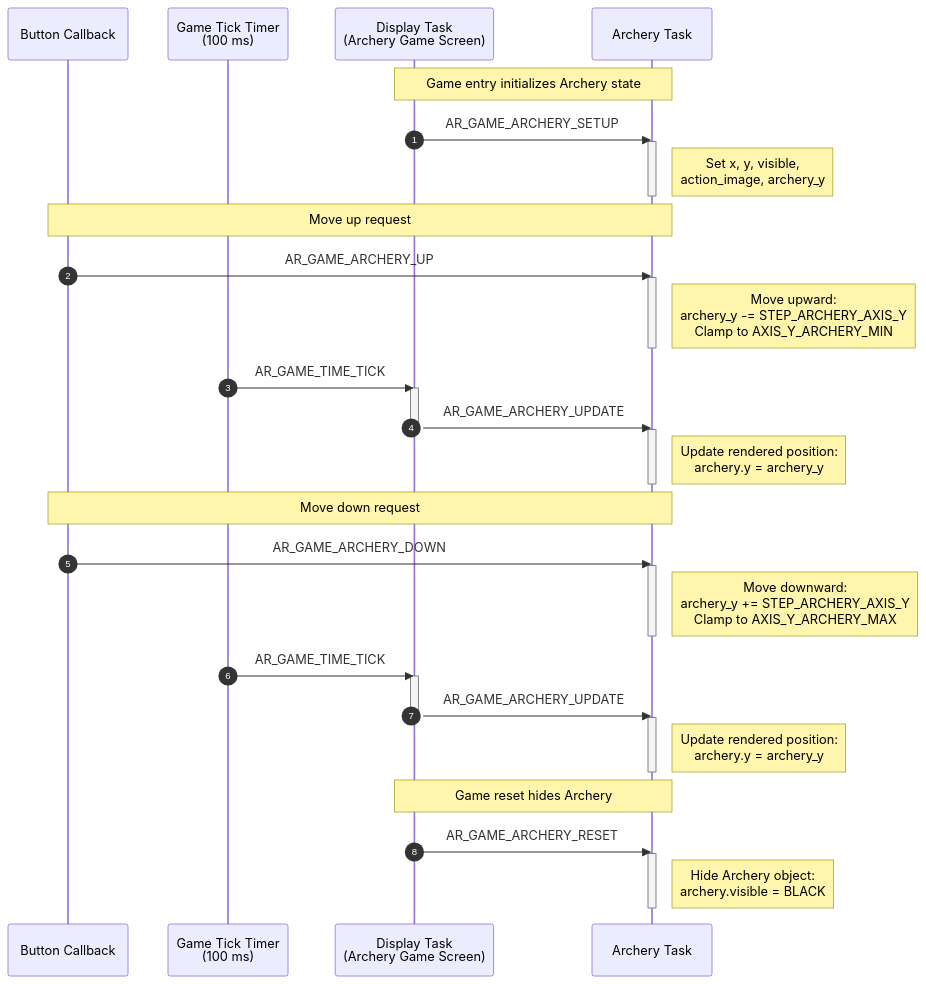
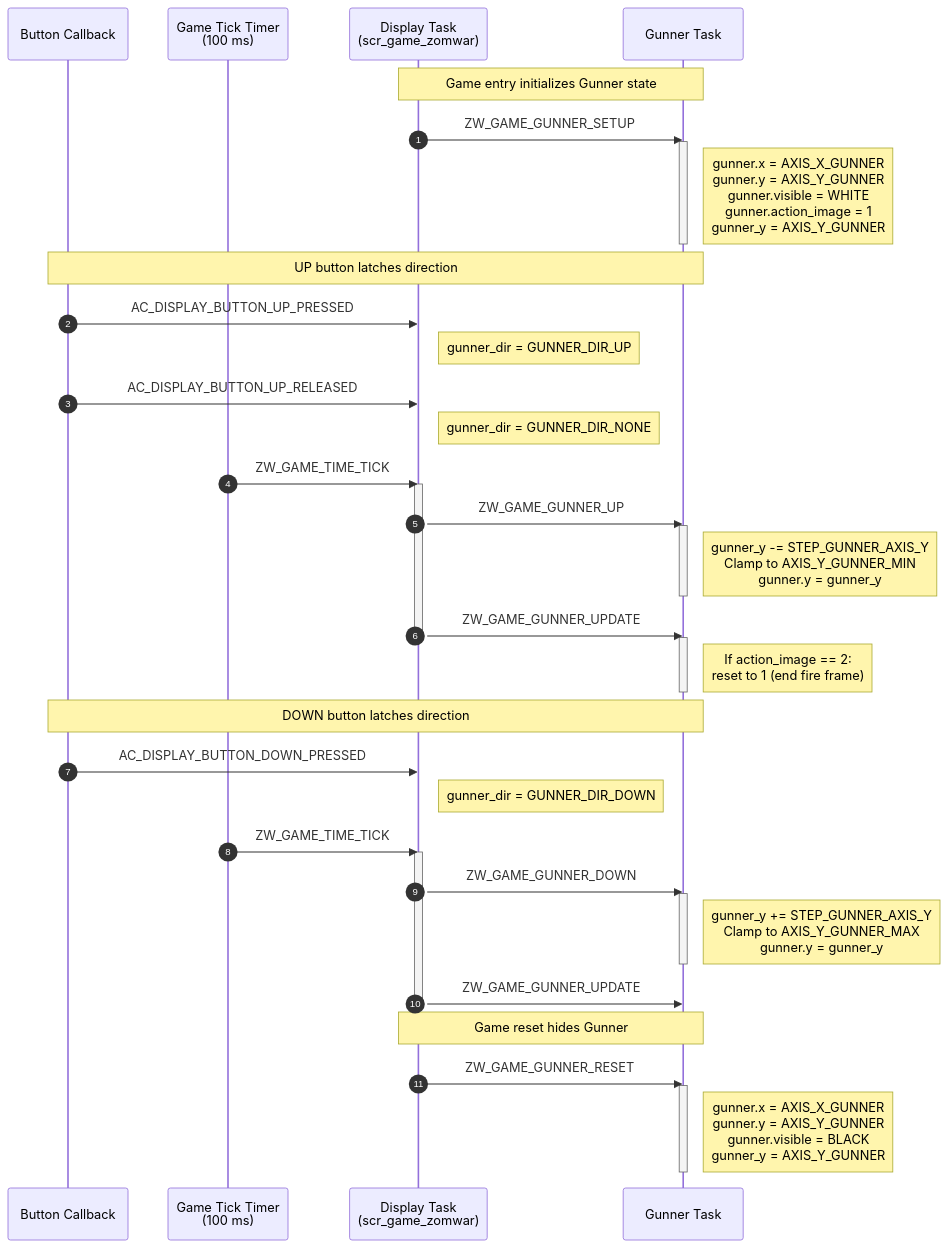
The first of 7 diagrams in docs/zw_game_object_sequence.md (caotrongphuoc/mini-clock), drawn with Mermaid before and after one commit. The commit also changed other lines of this file, not shown here.

Commit message:
[UPDATE] zw_game_object_sequence

````diff
--- a/docs/zw_game_object_sequence.md
+++ b/docs/zw_game_object_sequence.md
@@ -19,52 +23,55 @@
 ```mermaid
 sequenceDiagram
     autonumber
     participant Button as Button Callback
     participant Timer as Game Tick Timer<br/>(100 ms)
-    participant Screen as Display Task<br/>(Archery Game Screen)
-    participant Archery as Archery Task
+    participant Screen as Display Task<br/>(scr_game_zomwar)
+    participant Gunner as Gunner Task
 
-    Note over Screen,Archery: Game entry initializes Archery state
+    Note over Screen,Gunner: Game entry initializes Gunner state
 
-    Screen->>Archery: AR_GAME_ARCHERY_SETUP
-    activate Archery
-    Note right of Archery: Set x, y, visible,<br/>action_image, archery_y
-    deactivate Archery
+    Screen->>Gunner: ZW_GAME_GUNNER_SETUP
+    activate Gunner
+    Note right of Gunner: gunner.x = AXIS_X_GUNNER<br/>gunner.y = AXIS_Y_GUNNER<br/>gunner.visible = WHITE<br/>gunner.action_image = 1<br/>gunner_y = AXIS_Y_GUNNER
+    deactivate Gunner
 
-    Note over Button,Archery: Move up request
+    Note over Button,Gunner: UP button latches direction
 
-    Button->>Archery: AR_GAME_ARCHERY_UP
-    activate Archery
-    Note right of Archery: Move upward:<br/>archery_y -= STEP_ARCHERY_AXIS_Y<br/>Clamp to AXIS_Y_ARCHERY_MIN
-    deactivate Archery
+    Button->>Screen: AC_DISPLAY_BUTTON_UP_PRESSED
+    Note right of Screen: gunner_dir = GUNNER_DIR_UP
+    Button->>Screen: AC_DISPLAY_BUTTON_UP_RELEASED
+    Note right of Screen: gunner_dir = GUNNER_DIR_NONE
 
-    Timer->>Screen: AR_GAME_TIME_TICK
+    Timer->>Screen: ZW_GAME_TIME_TICK
     activate Screen
-    Screen->>Archery: AR_GAME_ARCHERY_UPDATE
+    Screen->>Gunner: ZW_GAME_GUNNER_UP
+    activate Gunner
+    Note right of Gunner: gunner_y -= STEP_GUNNER_AXIS_Y<br/>Clamp to AXIS_Y_GUNNER_MIN<br/>gunner.y = gunner_y
+    deactivate Gunner
+    Screen->>Gunner: ZW_GAME_GUNNER_UPDATE
     deactivate Screen
-    activate Archery
-    Note right of Archery: Update rendered position:<br/>archery.y = archery_y
-    deactivate Archery
+    activate Gunner
+    Note right of Gunner: If action_image == 2:<br/>reset to 1 (end fire frame)
+    deactivate Gunner
 
-    Note over Button,Archery: Move down request
+    Note over Button,Gunner: DOWN button latches direction
 
-    Button->>Archery: AR_GAME_ARCHERY_DOWN
-    activate Archery
-    Note right of Archery: Move downward:<br/>archery_y += STEP_ARCHERY_AXIS_Y<br/>Clamp to AXIS_Y_ARCHERY_MAX
-    deactivate Archery
+    Button->>Screen: AC_DISPLAY_BUTTON_DOWN_PRESSED
+    Note right of Screen: gunner_dir = GUNNER_DIR_DOWN
 
-    Timer->>Screen: AR_GAME_TIME_TICK
+    Timer->>Screen: ZW_GAME_TIME_TICK
     activate Screen
-    Screen->>Archery: AR_GAME_ARCHERY_UPDATE
+    Screen->>Gunner: ZW_GAME_GUNNER_DOWN
+    activate Gunner
+    Note right of Gunner: gunner_y += STEP_GUNNER_AXIS_Y<br/>Clamp to AXIS_Y_GUNNER_MAX<br/>gunner.y = gunner_y
+    deactivate Gunner
+    Screen->>Gunner: ZW_GAME_GUNNER_UPDATE
     deactivate Screen
-    activate Archery
-    Note right of Archery: Update rendered position:<br/>archery.y = archery_y
-    deactivate Archery
 
-    Note over Screen,Archery: Game reset hides Archery
+    Note over Screen,Gunner: Game reset hides Gunner
 
-    Screen->>Archery: AR_GAME_ARCHERY_RESET
-    activate Archery
-    Note right of Archery: Hide Archery object:<br/>archery.visible = BLACK
-    deactivate Archery
+    Screen->>Gunner: ZW_GAME_GUNNER_RESET
+    activate Gunner
+    Note right of Gunner: gunner.x = AXIS_X_GUNNER<br/>gunner.y = AXIS_Y_GUNNER<br/>gunner.visible = BLACK<br/>gunner_y = AXIS_Y_GUNNER
+    deactivate Gunner
 ```
````
